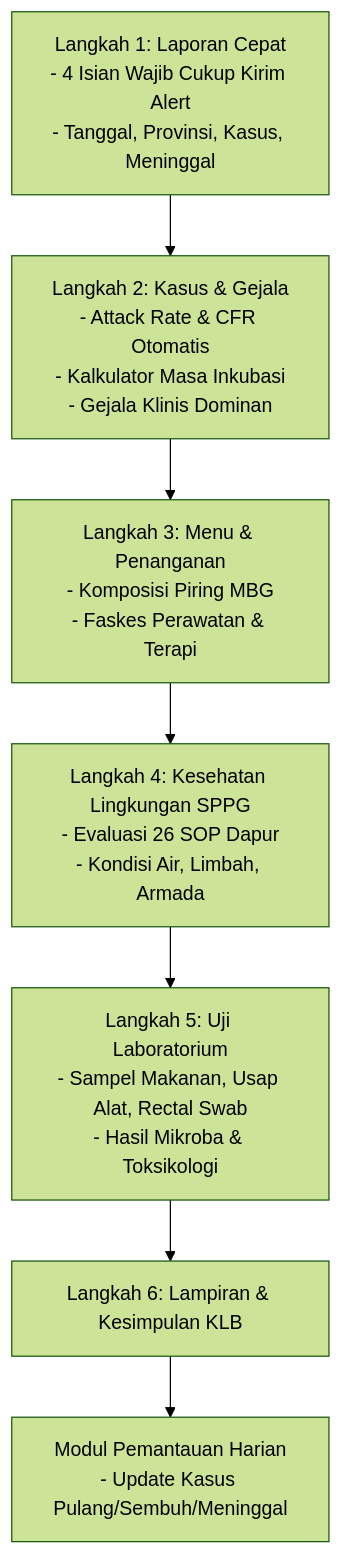
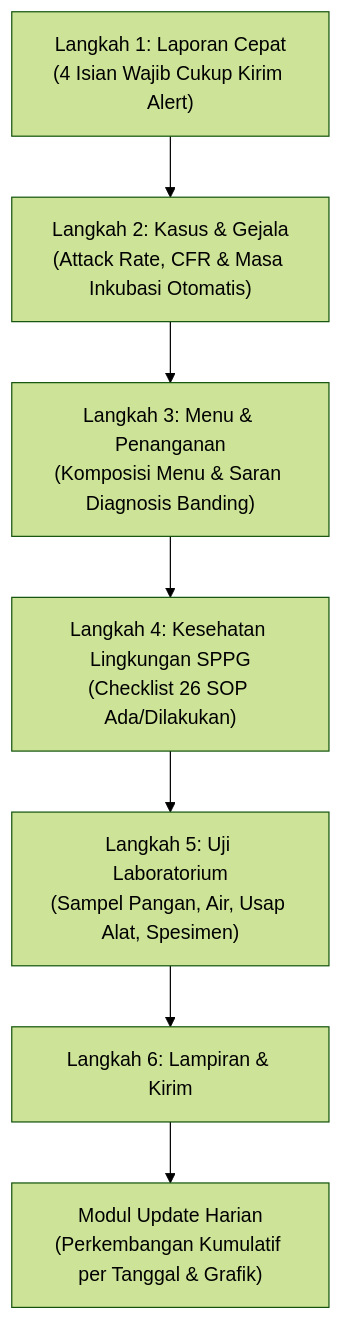
One commit to cuatiawww/skdr-indonesia changed the fifth of 12 diagrams in docs/BRD_SRS_FITUR_FORM_DAN_DASBOR.md. Above: the diagram before and after it, drawn with Mermaid (forest theme). The commit also changed other lines of this file and 2 other files, not shown here.

````diff
--- a/docs/BRD_SRS_FITUR_FORM_DAN_DASBOR.md
+++ b/docs/BRD_SRS_FITUR_FORM_DAN_DASBOR.md
@@ -222,9 +240,9 @@
 ```mermaid
 flowchart TD
-    K1[Langkah 1: Laporan Cepat\n- 4 Isian Wajib Cukup Kirim Alert\n- Tanggal, Provinsi, Kasus, Meninggal] --> K2[Langkah 2: Kasus & Gejala\n- Attack Rate & CFR Otomatis\n- Kalkulator Masa Inkubasi\n- Gejala Klinis Dominan]
-    K2 --> K3[Langkah 3: Menu & Penanganan\n- Komposisi Piring MBG\n- Faskes Perawatan & Terapi]
-    K3 --> K4[Langkah 4: Kesehatan Lingkungan SPPG\n- Evaluasi 26 SOP Dapur\n- Kondisi Air, Limbah, Armada]
-    K4 --> K5[Langkah 5: Uji Laboratorium\n- Sampel Makanan, Usap Alat, Rectal Swab\n- Hasil Mikroba & Toksikologi]
-    K5 --> K6[Langkah 6: Lampiran & Kesimpulan KLB]
-    K6 --> KH[Modul Pemantauan Harian\n- Update Kasus Pulang/Sembuh/Meninggal]
+    K1["Langkah 1: Laporan Cepat\n(4 Isian Wajib Cukup Kirim Alert)"] --> K2["Langkah 2: Kasus & Gejala\n(Attack Rate, CFR & Masa Inkubasi Otomatis)"]
+    K2 --> K3["Langkah 3: Menu & Penanganan\n(Komposisi Menu & Saran Diagnosis Banding)"]
+    K3 --> K4["Langkah 4: Kesehatan Lingkungan SPPG\n(Checklist 26 SOP Ada/Dilakukan)"]
+    K4 --> K5["Langkah 5: Uji Laboratorium\n(Sampel Pangan, Air, Usap Alat, Spesimen)"]
+    K5 --> K6["Langkah 6: Lampiran & Kirim"]
+    K6 --> KH["Modul Update Harian\n(Perkembangan Kumulatif per Tanggal & Grafik)"]
 ```
````
